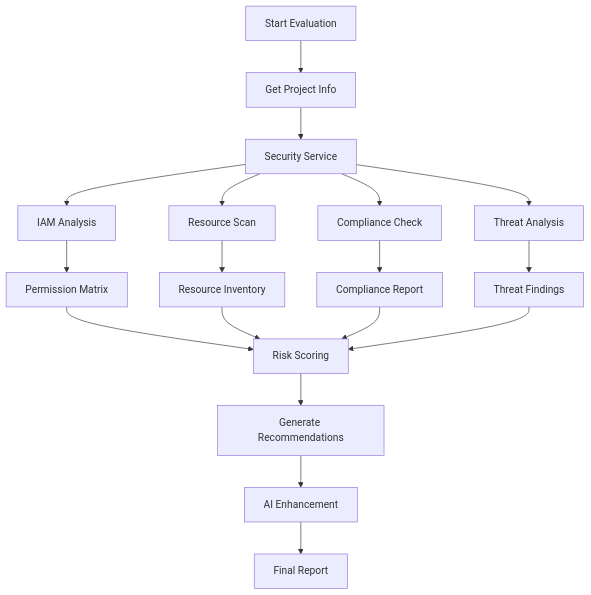
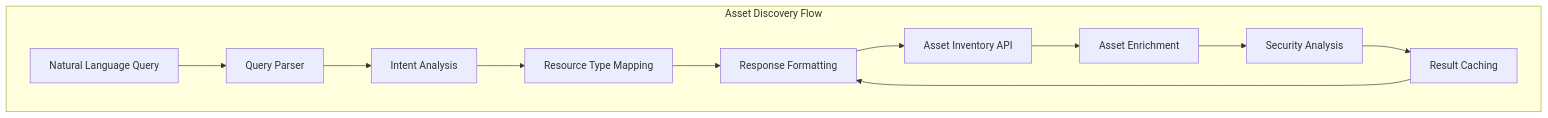
The fourth of 6 diagrams in contributing/samples/security_agent/docs/architecture/ARCHITECTURE.md (google/adk-python), drawn with Mermaid before and after one commit. The commit also changed other lines of this file and 287 other files, not shown here.

````diff
--- a/contributing/samples/security_agent/docs/architecture/ARCHITECTURE.md
+++ b/contributing/samples/security_agent/docs/architecture/ARCHITECTURE.md
@@ -354,24 +404,15 @@
 ```mermaid
-flowchart TD
-    A[Start Evaluation] --> B[Get Project Info]
-    B --> C[Security Service]
-    
-    C --> D[IAM Analysis]
-    C --> E[Resource Scan]
-    C --> F[Compliance Check]
-    C --> G[Threat Analysis]
-    
-    D --> H[Permission Matrix]
-    E --> I[Resource Inventory]
-    F --> J[Compliance Report]
-    G --> K[Threat Findings]
-    
-    H --> L[Risk Scoring]
-    I --> L
-    J --> L
-    K --> L
-    
-    L --> M[Generate Recommendations]
-    M --> N[AI Enhancement]
-    N --> O[Final Report]
+graph TB
+    subgraph "Asset Discovery Flow"
+        Q[Natural Language Query]
+        Q --> P[Query Parser]
+        P --> I[Intent Analysis]
+        I --> R[Resource Type Mapping]
+        R --> F[Filter Construction]
+        F --> A[Asset Inventory API]
+        A --> E[Asset Enrichment]
+        E --> S[Security Analysis]
+        S --> C[Result Caching]
+        C --> F[Response Formatting]
+    end
 ```
````
